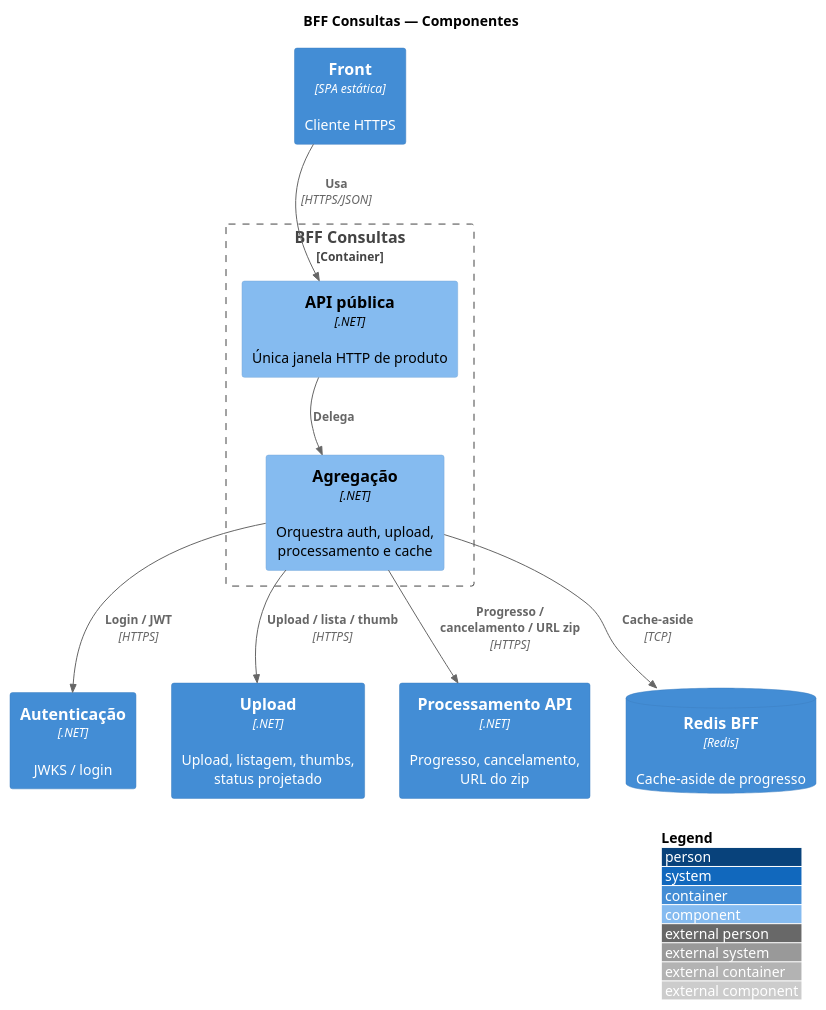
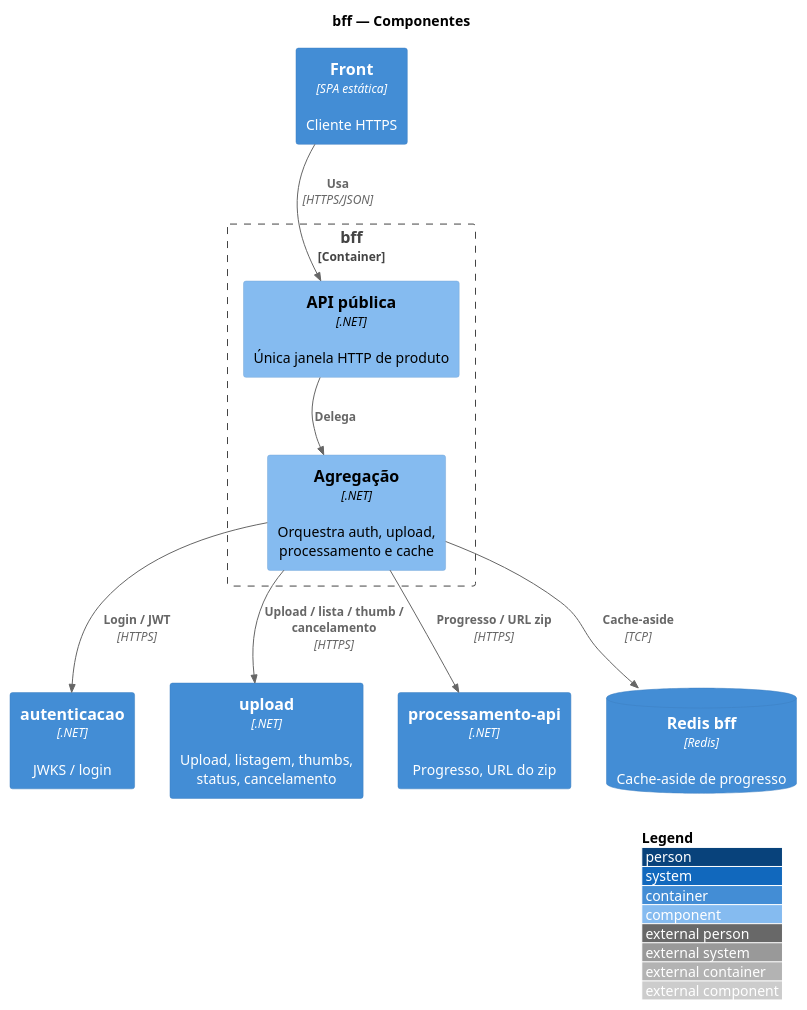
One commit to fiap-x-vcosta/docs changed the diagram in arquitetura/09_componentes-bff.puml. Above: the diagram before and after it, drawn with PlantUML. The commit also changed 41 other files, not shown here.

First line of the commit message:
docs: unificar tópicos upload/processamento e padronizar serviços

```diff
--- a/arquitetura/09_componentes-bff.puml
+++ b/arquitetura/09_componentes-bff.puml
@@ -1,34 +1,34 @@
 @startuml 09_componentes-bff
 !include https://raw.githubusercontent.com/plantuml-stdlib/C4-PlantUML/master/C4_Component.puml
 
 LAYOUT_WITH_LEGEND()
 LAYOUT_TOP_DOWN()
 
-title BFF Consultas — Componentes
+title bff — Componentes
 
 Container(web, "Front", "SPA estática", "Cliente HTTPS")
-Container(auth, "Autenticação", ".NET", "JWKS / login")
-Container(upload, "Upload", ".NET", "Upload, listagem, thumbs, status projetado")
-Container(procApi, "Processamento API", ".NET", "Progresso, cancelamento, URL do zip")
-ContainerDb(redis, "Redis BFF", "Redis", "Cache-aside de progresso")
+Container(auth, "autenticacao", ".NET", "JWKS / login")
+Container(upload, "upload", ".NET", "Upload, listagem, thumbs, status, cancelamento")
+Container(procApi, "processamento-api", ".NET", "Progresso, URL do zip")
+ContainerDb(redis, "Redis bff", "Redis", "Cache-aside de progresso")
 
-Container_Boundary(bff, "BFF Consultas") {
+Container_Boundary(bff, "bff") {
   Component(gateway, "API pública", ".NET", "Única janela HTTP de produto")
   Component(agg, "Agregação", ".NET", "Orquestra auth, upload, processamento e cache")
 }
 
 Rel(web, gateway, "Usa", "HTTPS/JSON")
 Rel(gateway, agg, "Delega")
 Rel(agg, auth, "Login / JWT", "HTTPS")
-Rel(agg, upload, "Upload / lista / thumb", "HTTPS")
-Rel(agg, procApi, "Progresso / cancelamento / URL zip", "HTTPS")
+Rel(agg, upload, "Upload / lista / thumb / cancelamento", "HTTPS")
+Rel(agg, procApi, "Progresso / URL zip", "HTTPS")
 Rel(agg, redis, "Cache-aside", "TCP")
 
 Lay_D(web, gateway)
 Lay_D(gateway, agg)
 Lay_D(agg, redis)
 Lay_R(auth, upload)
 Lay_R(upload, procApi)
 Lay_D(agg, auth)
 
 @enduml
```
